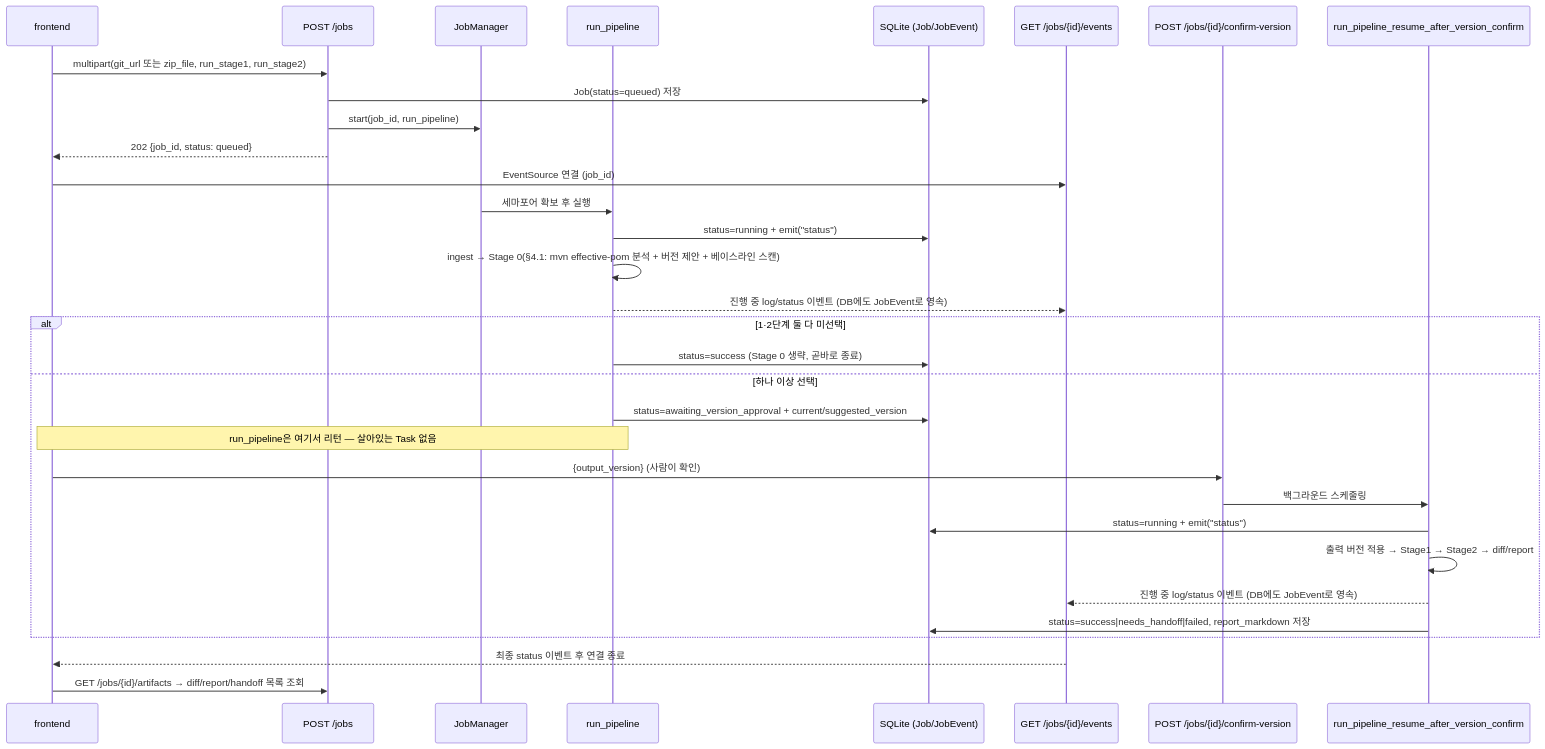
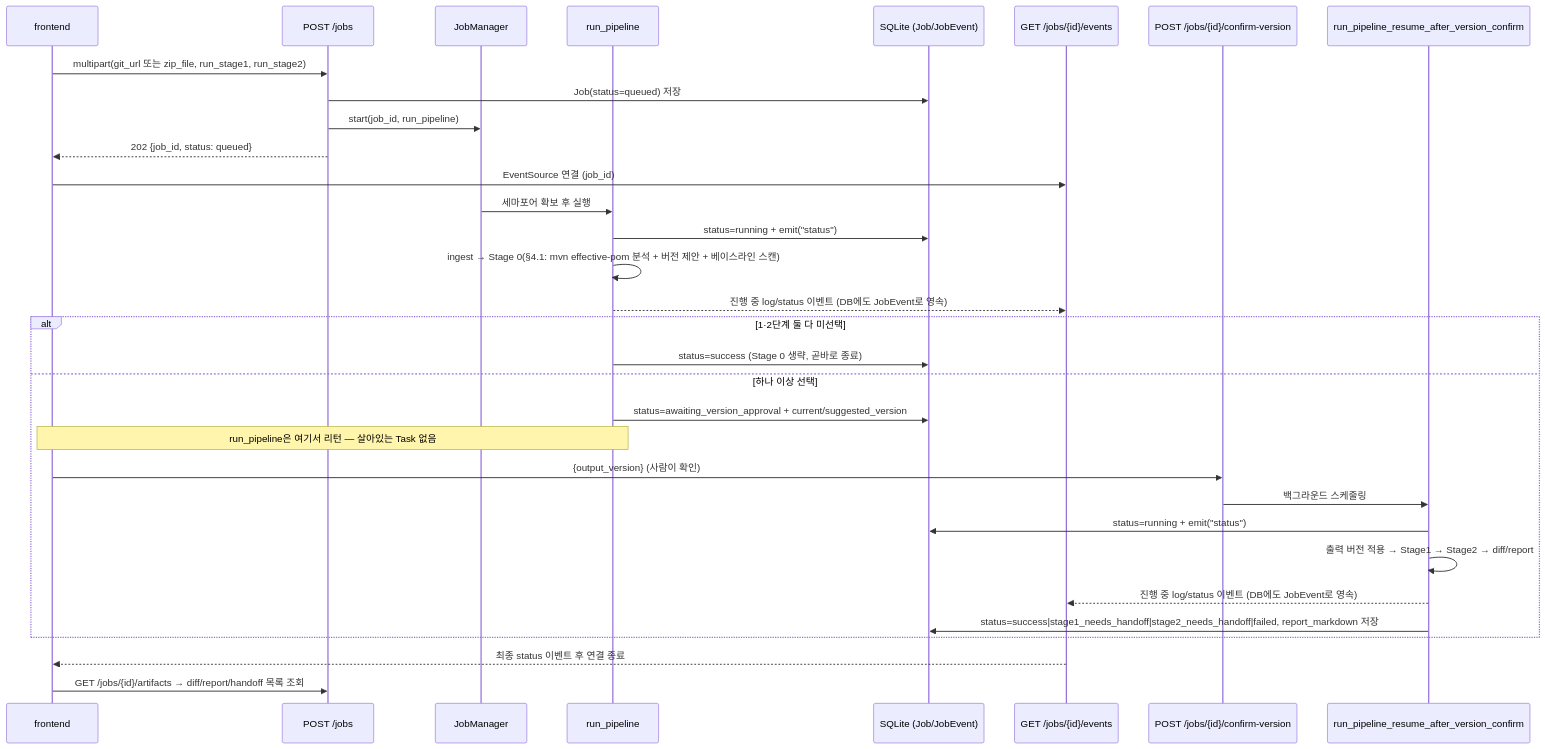
One commit to jinfromkorea/poc-5th-started-brainstorming changed the second of 6 diagrams in docs/architecture.md. Above: the diagram before and after it, drawn with Mermaid. The commit also changed other lines of this file and 15 other files, not shown here.

````diff
--- a/docs/architecture.md
+++ b/docs/architecture.md
@@ -96,37 +96,37 @@
 ```mermaid
 sequenceDiagram
     participant FE as frontend
     participant API as POST /jobs
     participant JM as JobManager
     participant PIPE as run_pipeline
     participant DB as SQLite (Job/JobEvent)
     participant SSE as GET /jobs/{id}/events
     participant CONFIRM as POST /jobs/{id}/confirm-version
     participant RESUME as run_pipeline_resume_after_version_confirm
 
     FE->>API: multipart(git_url 또는 zip_file, run_stage1, run_stage2)
     API->>DB: Job(status=queued) 저장
     API->>JM: start(job_id, run_pipeline)
     API-->>FE: 202 {job_id, status: queued}
     FE->>SSE: EventSource 연결 (job_id)
 
     JM->>PIPE: 세마포어 확보 후 실행
     PIPE->>DB: status=running + emit("status")
     PIPE->>PIPE: ingest → Stage 0(§4.1: mvn effective-pom 분석 + 버전 제안 + 베이스라인 스캔)
     PIPE-->>SSE: 진행 중 log/status 이벤트 (DB에도 JobEvent로 영속)
 
     alt 1·2단계 둘 다 미선택
         PIPE->>DB: status=success (Stage 0 생략, 곧바로 종료)
     else 하나 이상 선택
         PIPE->>DB: status=awaiting_version_approval + current/suggested_version
         Note over PIPE,FE: run_pipeline은 여기서 리턴 — 살아있는 Task 없음
         FE->>CONFIRM: {output_version} (사람이 확인)
         CONFIRM->>RESUME: 백그라운드 스케줄링
         RESUME->>DB: status=running + emit("status")
         RESUME->>RESUME: 출력 버전 적용 → Stage1 → Stage2 → diff/report
         RESUME-->>SSE: 진행 중 log/status 이벤트 (DB에도 JobEvent로 영속)
-        RESUME->>DB: status=success|needs_handoff|failed, report_markdown 저장
+        RESUME->>DB: status=success|stage1_needs_handoff|stage2_needs_handoff|failed, report_markdown 저장
     end
     SSE-->>FE: 최종 status 이벤트 후 연결 종료
     FE->>API: GET /jobs/{id}/artifacts → diff/report/handoff 목록 조회
 ```
````
